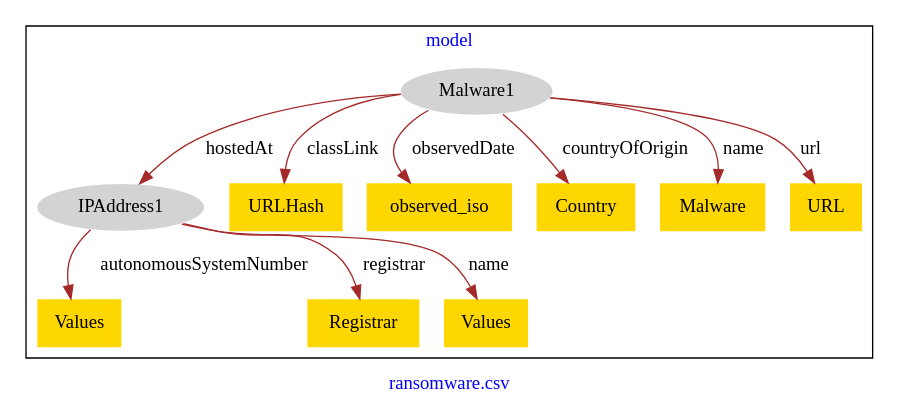
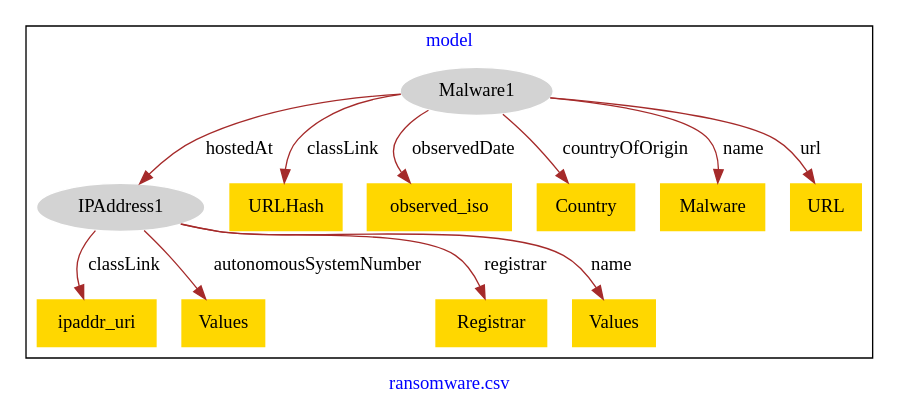
The diagram in models/ransonware/ransomware-model.dot (usc-isi-i2/effect-alignment), drawn with Graphviz before and after one commit.

Commit message:
Update file ransomware-model.dot

```diff
--- a/models/ransonware/ransomware-model.dot
+++ b/models/ransonware/ransomware-model.dot
@@ -1,27 +1,29 @@
 digraph n0 {
 fontcolor="blue"
 remincross="true"
 label="ransomware.csv"
 subgraph cluster {
 label="model"
 n2[style="filled",color="white",fillcolor="lightgray",label="IPAddress1"];
-n3[shape="plaintext",style="filled",fillcolor="gold",label="Values"];
-n4[shape="plaintext",style="filled",fillcolor="gold",label="Registrar"];
-n5[shape="plaintext",style="filled",fillcolor="gold",label="Values"];
-n6[style="filled",color="white",fillcolor="lightgray",label="Malware1"];
-n7[shape="plaintext",style="filled",fillcolor="gold",label="URLHash"];
-n8[shape="plaintext",style="filled",fillcolor="gold",label="observed_iso"];
-n9[shape="plaintext",style="filled",fillcolor="gold",label="Country"];
-n10[shape="plaintext",style="filled",fillcolor="gold",label="Malware"];
-n11[shape="plaintext",style="filled",fillcolor="gold",label="URL"];
+n3[shape="plaintext",style="filled",fillcolor="gold",label="ipaddr_uri"];
+n4[shape="plaintext",style="filled",fillcolor="gold",label="Values"];
+n5[shape="plaintext",style="filled",fillcolor="gold",label="Registrar"];
+n6[shape="plaintext",style="filled",fillcolor="gold",label="Values"];
+n7[style="filled",color="white",fillcolor="lightgray",label="Malware1"];
+n8[shape="plaintext",style="filled",fillcolor="gold",label="URLHash"];
+n9[shape="plaintext",style="filled",fillcolor="gold",label="observed_iso"];
+n10[shape="plaintext",style="filled",fillcolor="gold",label="Country"];
+n11[shape="plaintext",style="filled",fillcolor="gold",label="Malware"];
+n12[shape="plaintext",style="filled",fillcolor="gold",label="URL"];
 }
-n2 -> n3[color="brown",fontcolor="black",label="autonomousSystemNumber"]
-n2 -> n4[color="brown",fontcolor="black",label="registrar"]
-n2 -> n5[color="brown",fontcolor="black",label="name"]
-n6 -> n7[color="brown",fontcolor="black",label="classLink"]
-n6 -> n2[color="brown",fontcolor="black",label="hostedAt"]
-n6 -> n8[color="brown",fontcolor="black",label="observedDate"]
-n6 -> n9[color="brown",fontcolor="black",label="countryOfOrigin"]
-n6 -> n10[color="brown",fontcolor="black",label="name"]
-n6 -> n11[color="brown",fontcolor="black",label="url"]
+n2 -> n3[color="brown",fontcolor="black",label="classLink"]
+n2 -> n4[color="brown",fontcolor="black",label="autonomousSystemNumber"]
+n2 -> n5[color="brown",fontcolor="black",label="registrar"]
+n2 -> n6[color="brown",fontcolor="black",label="name"]
+n7 -> n8[color="brown",fontcolor="black",label="classLink"]
+n7 -> n2[color="brown",fontcolor="black",label="hostedAt"]
+n7 -> n9[color="brown",fontcolor="black",label="observedDate"]
+n7 -> n10[color="brown",fontcolor="black",label="countryOfOrigin"]
+n7 -> n11[color="brown",fontcolor="black",label="name"]
+n7 -> n12[color="brown",fontcolor="black",label="url"]
 }
```
